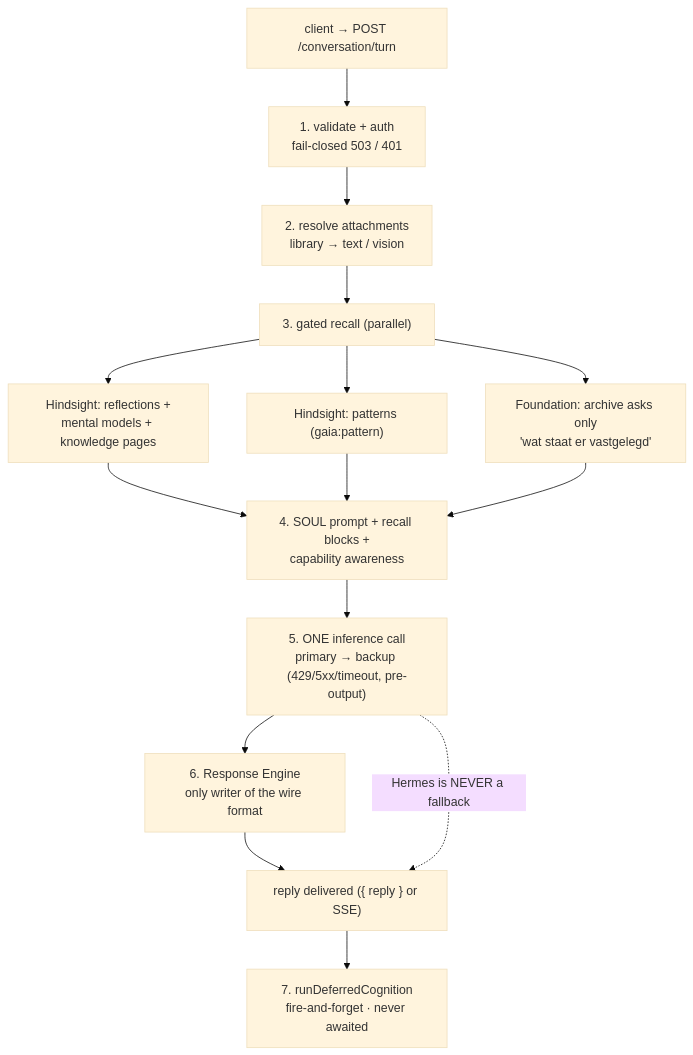
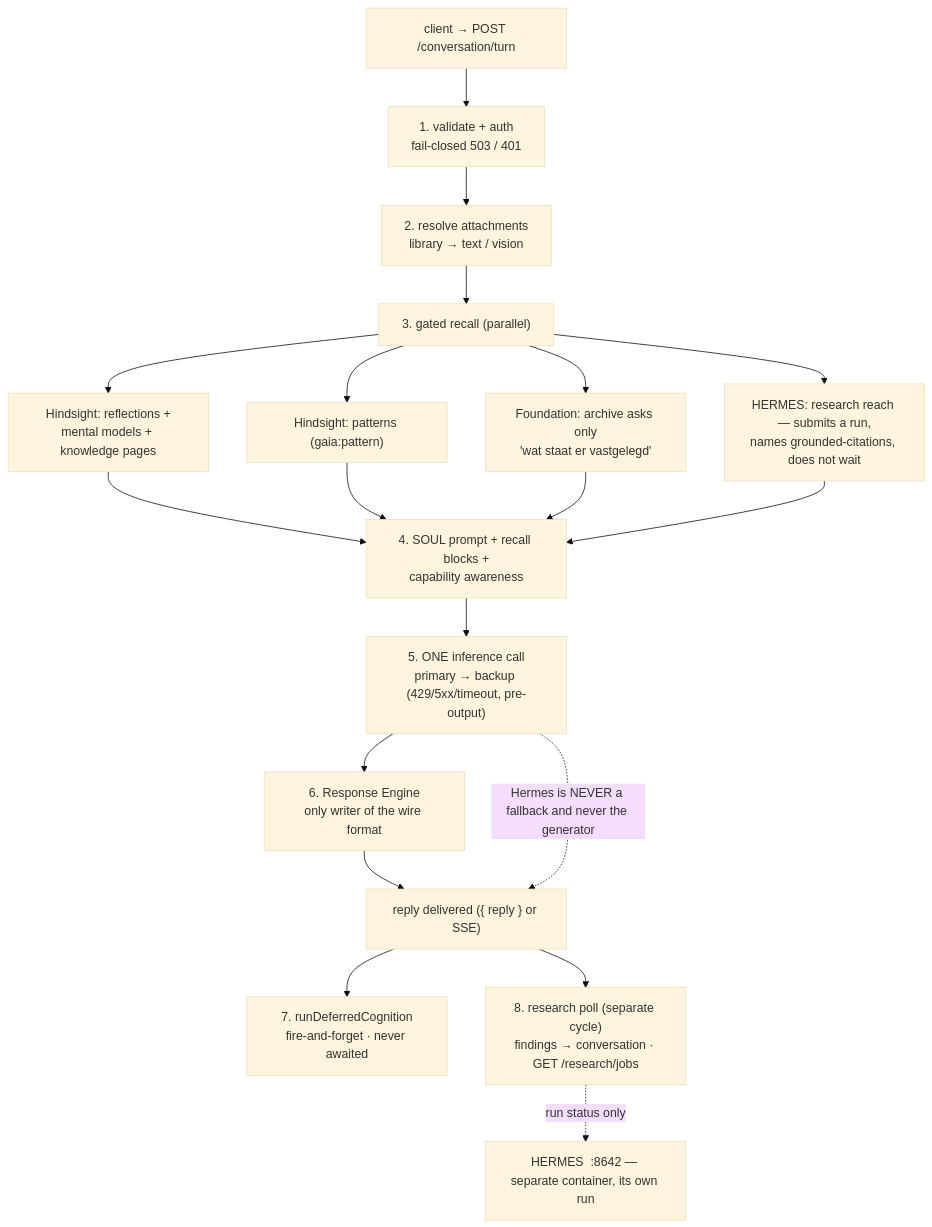
Before and after one commit to Bojanni050/Gaia-Cloud: the second of 6 diagrams in docs/architecture-graph.md, drawn with Mermaid (base theme). The commit also changed other lines of this file and 23 other files, not shown here.

First line of the commit message:
Research jobs: hand a research turn to Hermes' grounded-citations skill without waiting

````diff
--- a/docs/architecture-graph.md
+++ b/docs/architecture-graph.md
@@ -47,16 +47,20 @@
 ```mermaid
 flowchart TB
     A["client → POST /conversation/turn"] --> B["1. validate + auth<br/>fail-closed 503 / 401"]
+    hermes["HERMES  :8642 — separate container, its own run"]
     B --> C["2. resolve attachments<br/>library → text / vision"]
     C --> D["3. gated recall (parallel)"]
     D --> D1["Hindsight: reflections +<br/>mental models + knowledge pages"]
     D --> D2["Hindsight: patterns (gaia:pattern)"]
     D --> D3["Foundation: archive asks only<br/>'wat staat er vastgelegd'"]
-    D1 & D2 & D3 --> E["4. SOUL prompt + recall blocks +<br/>capability awareness"]
+    D --> D4["HERMES: research reach — submits a run,<br/>names grounded-citations, does not wait"]
+    D1 & D2 & D3 & D4 --> E["4. SOUL prompt + recall blocks +<br/>capability awareness"]
     E --> F["5. ONE inference call<br/>primary → backup (429/5xx/timeout, pre-output)"]
     F --> G["6. Response Engine<br/>only writer of the wire format"]
     G --> H["reply delivered ({ reply } or SSE)"]
     H --> I["7. runDeferredCognition<br/>fire-and-forget · never awaited"]
+    H --> J["8. research poll (separate cycle)<br/>findings → conversation · GET /research/jobs"]
 
-    F -.->|"Hermes is NEVER a fallback"| H
+    F -.->|"Hermes is NEVER a fallback and never the generator"| H
+    J -.->|"run status only"| hermes
 ```
````
